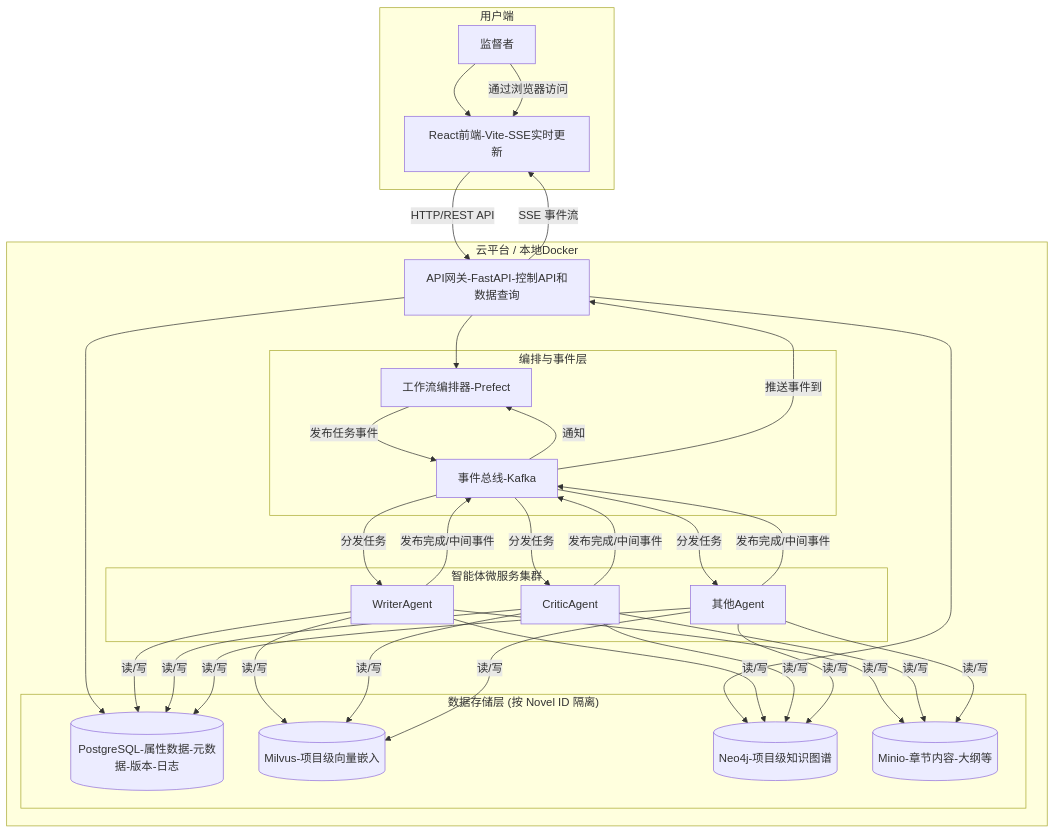
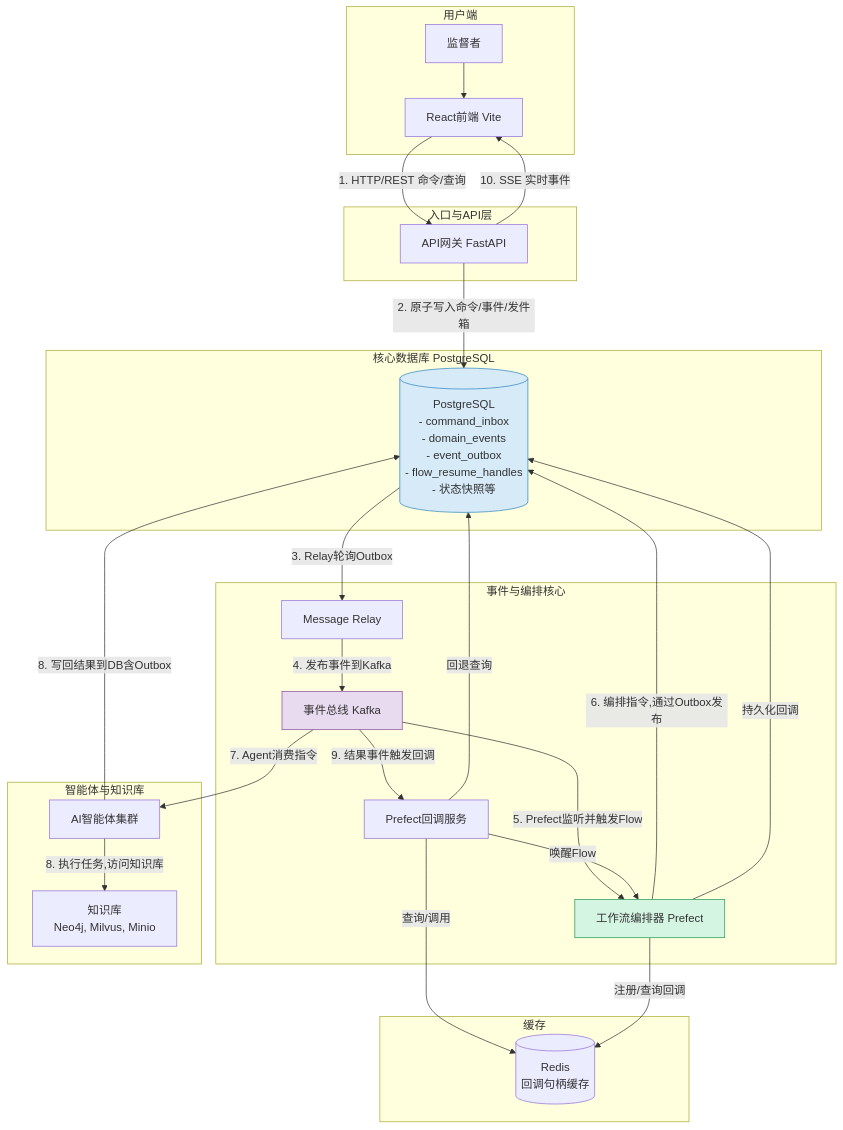
One commit to zhiyue/infinite-scribe changed the first of 5 diagrams in docs/architecture/high-level-architecture.md. Above: the diagram before and after it, drawn with Mermaid. The commit also changed other lines of this file and 17 other files, not shown here.

````diff
--- a/docs/architecture/high-level-architecture.md
+++ b/docs/architecture/high-level-architecture.md
@@ -27,57 +27,56 @@
 ```mermaid
 graph TD
     subgraph "用户端"
-        User[监督者] --> FE[React前端-Vite-SSE实时更新]
+        User[监督者] --> FE[React前端 Vite]
+    end
+
+    subgraph "入口与API层"
+        APIGW[API网关 FastAPI]
+        FE -- "1. HTTP/REST 命令/查询" --> APIGW
+        APIGW -- "10. SSE 实时事件" --> FE
+    end
+
+    subgraph "核心数据库 PostgreSQL"
+        DB[(PostgreSQL<br/>- command_inbox<br/>- domain_events<br/>- event_outbox<br/>- flow_resume_handles<br/>- 状态快照等)]
+    end
+
+    subgraph "事件与编排核心"
+        Relay[Message Relay]
+        Kafka[事件总线 Kafka]
+        Prefect[工作流编排器 Prefect]
+        CallbackSvc[Prefect回调服务]
+    end
+
+    subgraph "智能体与知识库"
+        Agents[AI智能体集群]
+        KnowledgeBase[知识库<br/>Neo4j, Milvus, Minio]
     end
     
-    subgraph "云平台 / 本地Docker"
-        FE -- "HTTP/REST API" --> APIGW[API网关-FastAPI-控制API和数据查询]
-        APIGW -- "SSE 事件流" --> FE
-        
-        subgraph "数据存储层 (按 Novel ID 隔离)"
-            DB[(PostgreSQL-属性数据-元数据-版本-日志)]
-            VDB[(Milvus-项目级向量嵌入)]
-            GDB[(Neo4j-项目级知识图谱)]
-            S3[(Minio-章节内容-大纲等)]
-        end
-        
-        subgraph "编排与事件层"
-            Orchestrator[工作流编排器-Prefect]
-            Broker[事件总线-Kafka]
-        end
-        
-        subgraph "智能体微服务集群"
-            Agent1[WriterAgent]
-            Agent2[CriticAgent]
-            AgentN[其他Agent]
-        end
-        
-        APIGW --> Orchestrator
-        APIGW --> DB
-        APIGW --> GDB
-        
-        Orchestrator -- "发布任务事件" --> Broker
-        Broker -- "分发任务" --> Agent1
-        Broker -- "分发任务" --> Agent2
-        Broker -- "分发任务" --> AgentN
-        Agent1 -- "读/写" --> DB
-        Agent1 -- "读/写" --> VDB
-        Agent1 -- "读/写" --> GDB
-        Agent1 -- "读/写" --> S3
-        Agent2 -- "读/写" --> DB
-        Agent2 -- "读/写" --> VDB
-        Agent2 -- "读/写" --> GDB
-        Agent2 -- "读/写" --> S3
-        AgentN -- "读/写" --> DB
-        AgentN -- "读/写" --> VDB
-        AgentN -- "读/写" --> GDB
-        AgentN -- "读/写" --> S3
-        Agent1 -- "发布完成/中间事件" --> Broker
-        Agent2 -- "发布完成/中间事件" --> Broker
-        AgentN -- "发布完成/中间事件" --> Broker
-        Broker -- "通知" --> Orchestrator
-        Broker -- "推送事件到" --> APIGW
+    subgraph "缓存"
+        Cache[(Redis<br/>回调句柄缓存)]
     end
+
+    %% 核心数据流
+    APIGW -- "2. 原子写入命令/事件/发件箱" --> DB
+    DB -- "3. Relay轮询Outbox" --> Relay
+    Relay -- "4. 发布事件到Kafka" --> Kafka
     
-    User -- "通过浏览器访问" --> FE
+    Kafka -- "5. Prefect监听并触发Flow" --> Prefect
+    Prefect -- "6. 编排指令,通过Outbox发布" --> DB
+    
+    Kafka -- "7. Agent消费指令" --> Agents
+    Agents -- "8. 执行任务,访问知识库" --> KnowledgeBase
+    Agents -- "8. 写回结果到DB含Outbox" --> DB
+    
+    Kafka -- "9. 结果事件触发回调" --> CallbackSvc
+    CallbackSvc -- "查询/调用" --> Cache
+    CallbackSvc -- "回退查询" --> DB
+    CallbackSvc -- "唤醒Flow" --> Prefect
+    
+    Prefect -- "注册/查询回调" --> Cache
+    Prefect -- "持久化回调" --> DB
+
+    style DB fill:#D6EAF8,stroke:#2E86C1
+    style Kafka fill:#E8DAEF,stroke:#884EA0
+    style Prefect fill:#D5F5E3,stroke:#229954
 ```
````
